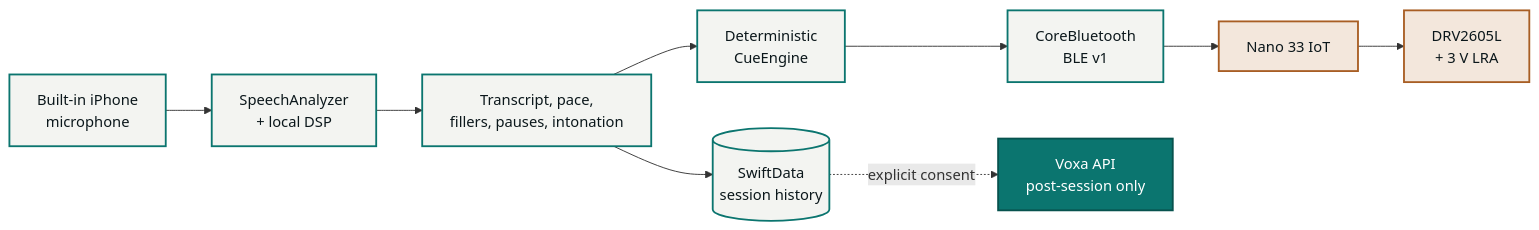
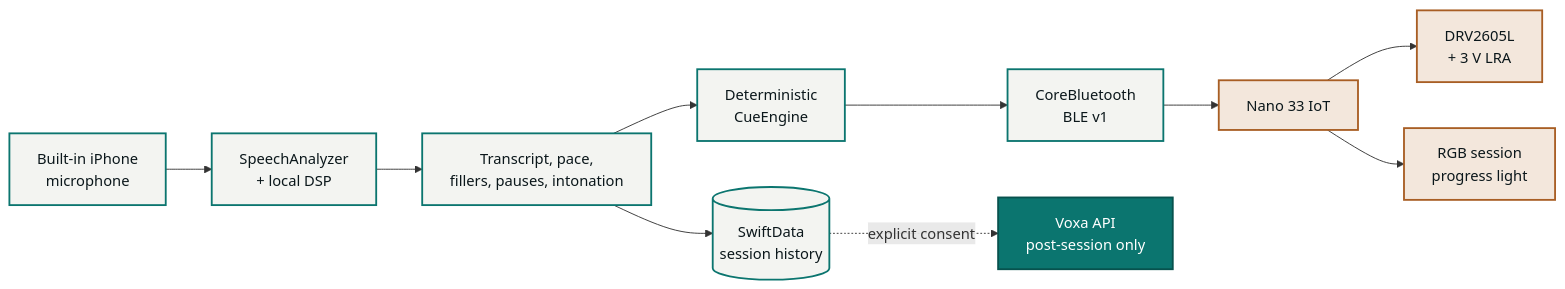
The diagram in README.md (amaar-mc/voxa-cue), drawn with Mermaid before and after one commit. The commit also changed other lines of this file and 1 other file, not shown here.

First line of the commit message:
docs(setup): add session light walkthrough

````diff
--- a/README.md
+++ b/README.md
@@ -85,18 +85,19 @@
 ```mermaid
 flowchart LR
     MIC["Built-in iPhone<br/>microphone"] --> SPEECH["SpeechAnalyzer<br/>+ local DSP"]
     SPEECH --> METRICS["Transcript, pace,<br/>fillers, pauses, intonation"]
     METRICS --> ENGINE["Deterministic<br/>CueEngine"]
     ENGINE --> BLE["CoreBluetooth<br/>BLE v1"]
     BLE --> NANO["Nano 33 IoT"]
     NANO --> MOTOR["DRV2605L<br/>+ 3 V LRA"]
+    NANO --> LIGHT["RGB session<br/>progress light"]
     METRICS --> STORE[("SwiftData<br/>session history")]
     STORE -. "explicit consent" .-> API["Voxa API<br/>post-session only"]
 
     classDef phone fill:#F3F4F1,stroke:#0B756F,color:#0B171B,stroke-width:2px;
     classDef band fill:#F3E7DC,stroke:#A85E24,color:#0B171B,stroke-width:2px;
     classDef optional fill:#0B756F,stroke:#07524E,color:#ffffff,stroke-width:2px;
     class MIC,SPEECH,METRICS,ENGINE,BLE,STORE phone;
-    class NANO,MOTOR band;
+    class NANO,MOTOR,LIGHT band;
     class API optional;
 ```
````
